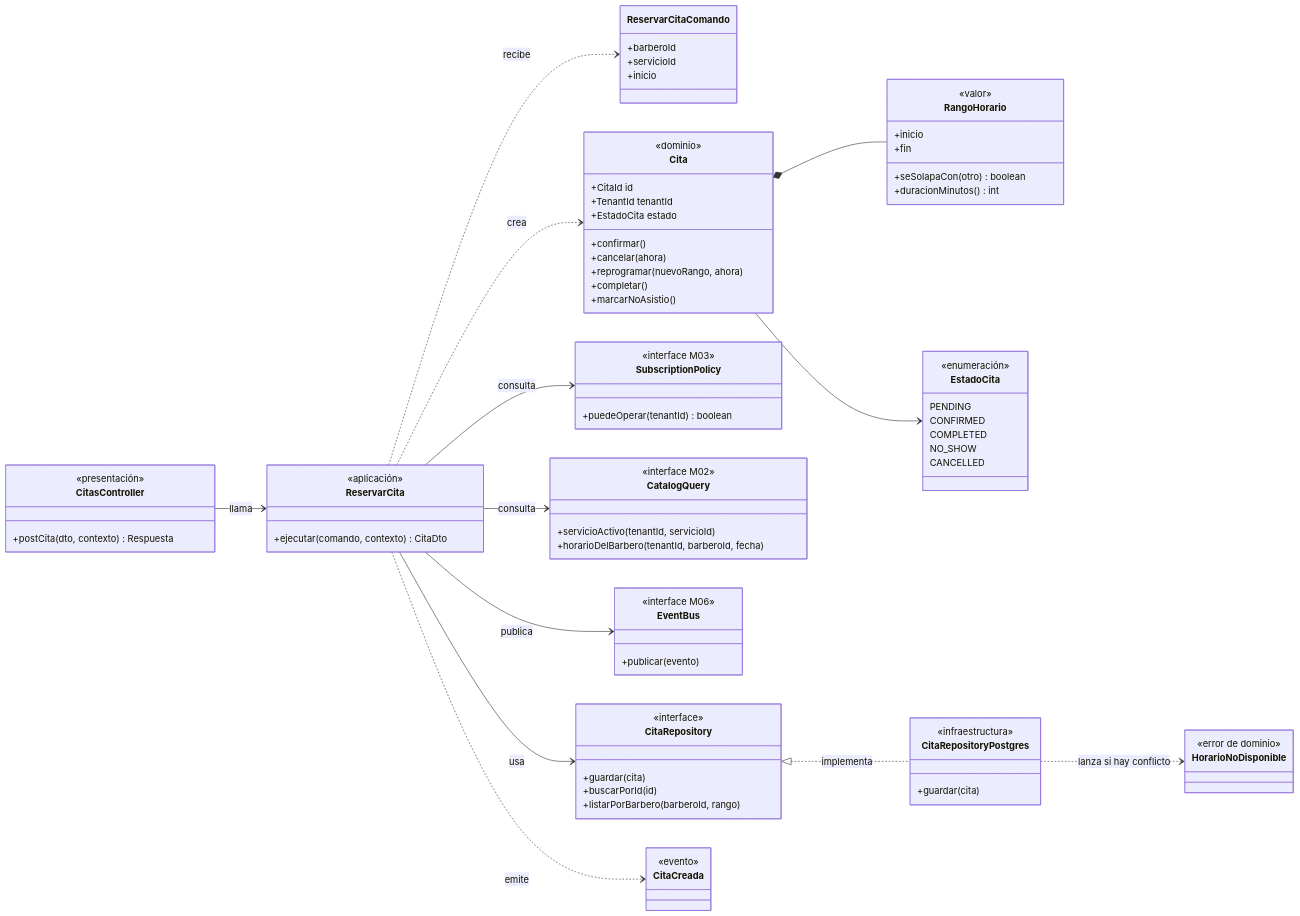
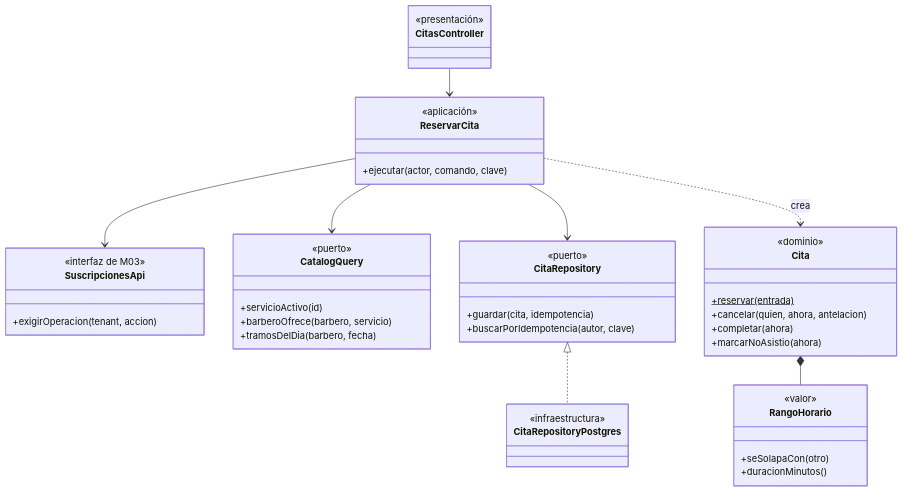
Before and after one commit to semcham/proyecto-final-barberia-ayacucho: the first of 2 diagrams in docs/04-modelo-c4/Nivel4-DiagramadeCodigo.md, drawn with Mermaid. The commit also changed other lines of this file and 67 other files, not shown here.

Commit message:
docs: documentación y diagramas coherentes con 001, 002, 003 .... 006

````diff
--- a/docs/04-modelo-c4/Nivel4-DiagramadeCodigo.md
+++ b/docs/04-modelo-c4/Nivel4-DiagramadeCodigo.md
@@ -14,86 +14,51 @@
 ```mermaid
 classDiagram
-    direction LR
-
+    direction TB
     class CitasController {
         <<presentación>>
-        +postCita(dto, contexto) Respuesta
     }
     class ReservarCita {
         <<aplicación>>
-        +ejecutar(comando, contexto) CitaDto
+        +ejecutar(actor, comando, clave)
     }
-    class ReservarCitaComando {
-        +barberoId
-        +servicioId
-        +inicio
+    class SuscripcionesApi {
+        <<interfaz de M03>>
+        +exigirOperacion(tenant, accion)
+    }
+    class CatalogQuery {
+        <<puerto>>
+        +servicioActivo(id)
+        +barberoOfrece(barbero, servicio)
+        +tramosDelDia(barbero, fecha)
     }
     class CitaRepository {
-        <<interface>>
-        +guardar(cita)
-        +buscarPorId(id)
-        +listarPorBarbero(barberoId, rango)
-    }
-    class SubscriptionPolicy {
-        <<interface M03>>
-        +puedeOperar(tenantId) boolean
-    }
-    class CatalogQuery {
-        <<interface M02>>
-        +servicioActivo(tenantId, servicioId)
-        +horarioDelBarbero(tenantId, barberoId, fecha)
-    }
-    class EventBus {
-        <<interface M06>>
-        +publicar(evento)
+        <<puerto>>
+        +guardar(cita, idempotencia)
+        +buscarPorIdempotencia(autor, clave)
     }
     class Cita {
         <<dominio>>
-        +CitaId id
-        +TenantId tenantId
-        +EstadoCita estado
-        +confirmar()
-        +cancelar(ahora)
-        +reprogramar(nuevoRango, ahora)
-        +completar()
-        +marcarNoAsistio()
+        +reservar(entrada)$
+        +cancelar(quien, ahora, antelacion)
+        +completar(ahora)
+        +marcarNoAsistio(ahora)
     }
     class RangoHorario {
         <<valor>>
-        +inicio
-        +fin
-        +seSolapaCon(otro) boolean
-        +duracionMinutos() int
-    }
-    class EstadoCita {
-        <<enumeración>>
-        PENDING
-        CONFIRMED
-        COMPLETED
-        NO_SHOW
-        CANCELLED
-    }
-    class HorarioNoDisponible {
-        <<error de dominio>>
+        +seSolapaCon(otro)
+        +duracionMinutos()
     }
     class CitaRepositoryPostgres {
         <<infraestructura>>
-        +guardar(cita)
     }
-    class CitaCreada {
-        <<evento>>
-    }
+    CitasController --> ReservarCita
+    ReservarCita --> SuscripcionesApi
+    ReservarCita --> CatalogQuery
+    ReservarCita --> CitaRepository
+    ReservarCita ..> Cita : crea
+    Cita *-- RangoHorario
+    CitaRepository <|.. CitaRepositoryPostgres
 
-    CitasController --> ReservarCita : llama
-    ReservarCita ..> ReservarCitaComando : recibe
-    ReservarCita --> SubscriptionPolicy : consulta
-    ReservarCita --> CatalogQuery : consulta
-    ReservarCita --> CitaRepository : usa
-    ReservarCita --> EventBus : publica
-    ReservarCita ..> Cita : crea
-    ReservarCita ..> CitaCreada : emite
-    Cita *-- RangoHorario
-    Cita --> EstadoCita
-    CitaRepository <|.. CitaRepositoryPostgres : implementa
-    CitaRepositoryPostgres ..> HorarioNoDisponible : lanza si hay conflicto
+    classDef implementado fill:#e8eef7,stroke:#3b5b8c,color:#1f2d4a
+    cssClass "CitasController,ReservarCita,SuscripcionesApi,CatalogQuery,CitaRepository,Cita,RangoHorario,CitaRepositoryPostgres" implementado
 ```
````
